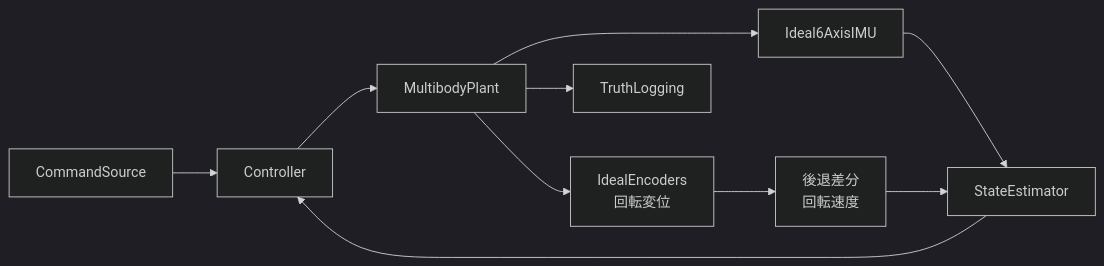
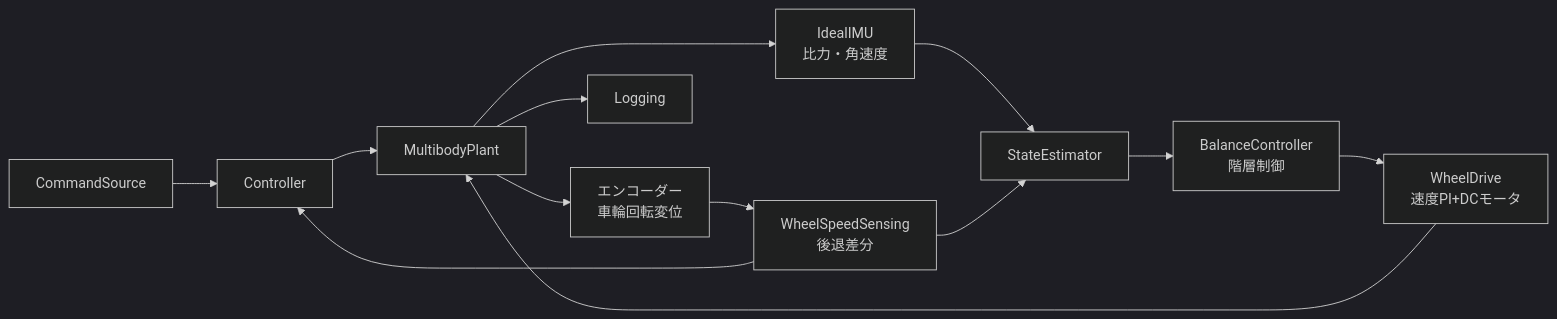
One commit to nenecchiCV/ball-balancing-omni-rover changed the diagram in matlab_ws/ball_balancing_omni3/README.md. Above: the diagram before and after it, drawn with Mermaid (dark theme). The commit also changed other lines of this file and 147 other files, not shown here.

````diff
--- a/matlab_ws/ball_balancing_omni3/README.md
+++ b/matlab_ws/ball_balancing_omni3/README.md
@@ -15,12 +15,15 @@
 ```mermaid
 flowchart LR
   CMD[CommandSource] --> CTRL[Controller]
   CTRL --> PLANT[MultibodyPlant]
-  PLANT --> IMU[Ideal6AxisIMU]
-  PLANT --> ENC[IdealEncoders<br/>回転変位]
-  ENC --> DIFF[後退差分<br/>回転速度]
+  PLANT --> IMU[IdealIMU<br/>比力・角速度]
+  PLANT --> ENC[エンコーダー<br/>車輪回転変位]
+  ENC --> WS[WheelSpeedSensing<br/>後退差分]
   IMU --> EST[StateEstimator]
-  DIFF --> EST
-  EST --> CTRL
-  PLANT --> LOG[TruthLogging]
+  WS --> EST
+  WS --> CTRL
+  EST --> BC[BalanceController<br/>階層制御]
+  BC --> WD[WheelDrive<br/>速度PI+DCモータ]
+  WD --> PLANT
+  PLANT --> LOG[Logging]
 ```
````
